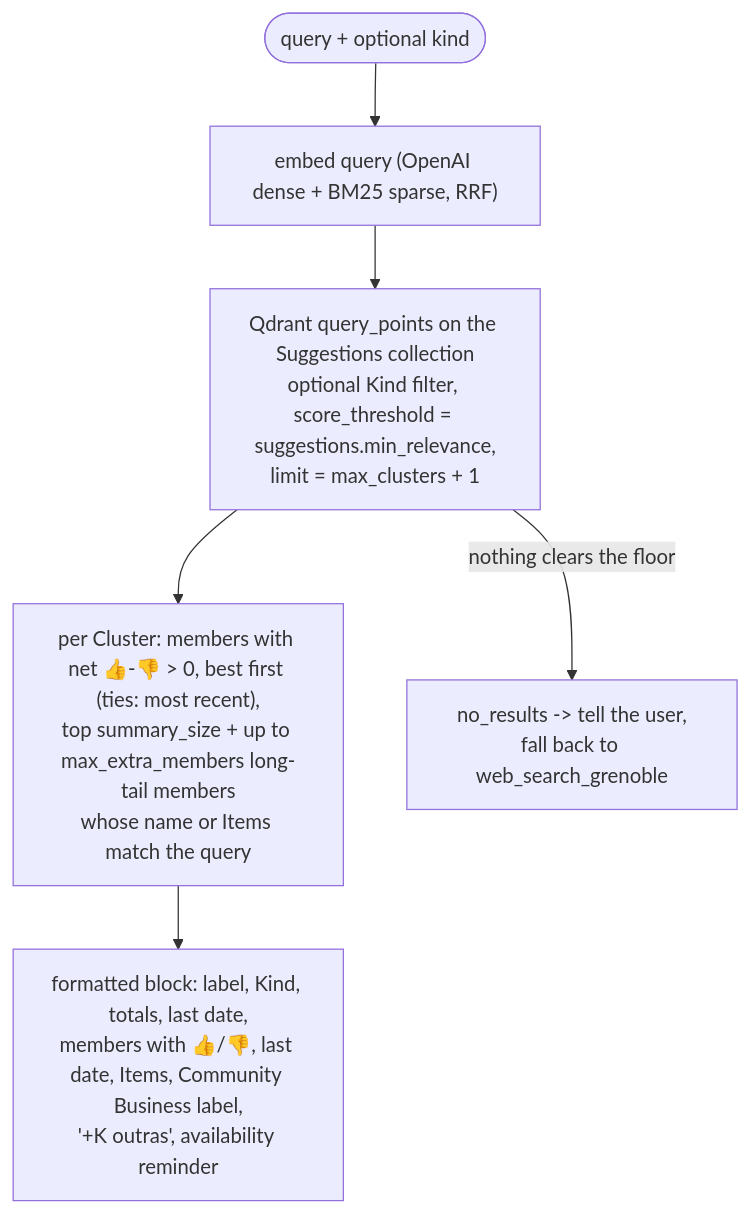
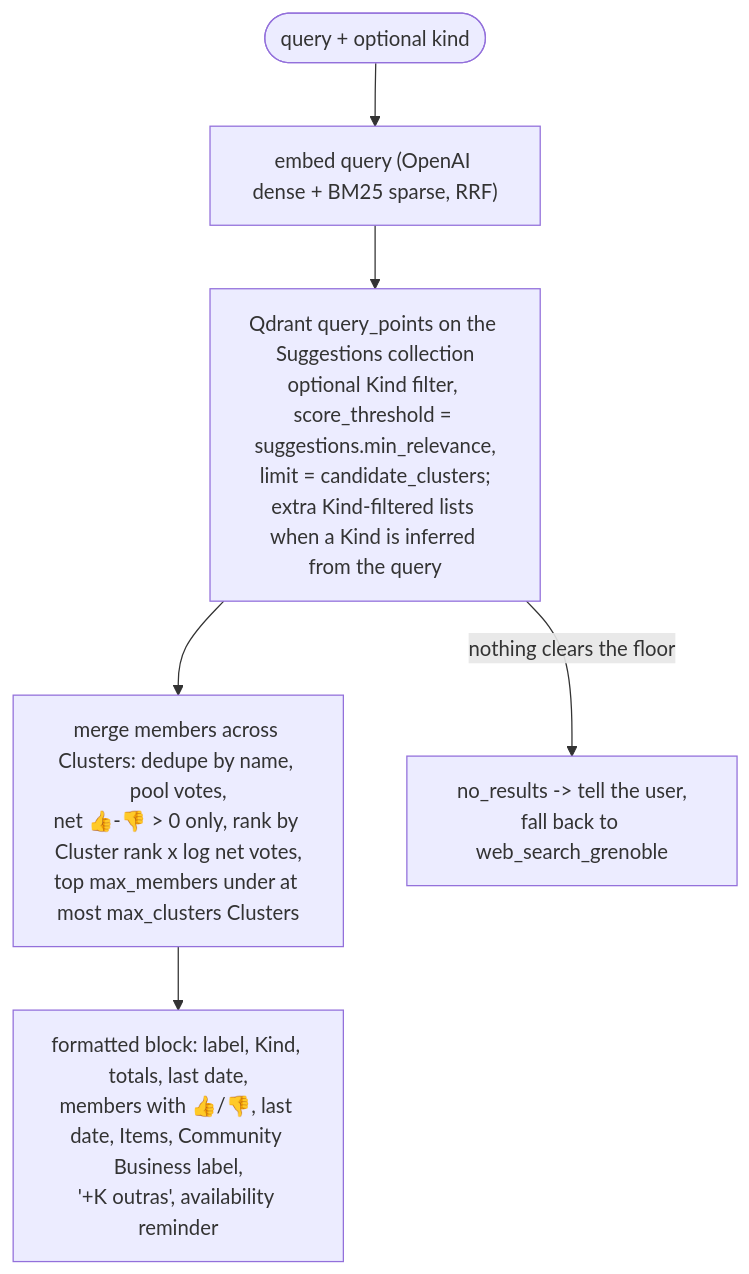
The sixth of 7 diagrams in docs/ARCHITECTURE.md (jooaobrum/habitantes-grenoble-agent), drawn with Mermaid before and after one commit. The commit also changed other lines of this file and 11 other files, not shown here.

Commit message:
Suggestions retrieval: pooled member search, Kind keywords, coarser clustering (cutoff 0.5); retrieval eval with tune/holdout split

````diff
--- a/docs/ARCHITECTURE.md
+++ b/docs/ARCHITECTURE.md
@@ -224,8 +224,8 @@
 ```mermaid
 flowchart TD
     Q([query + optional kind]) --> Emb["embed query (OpenAI dense + BM25 sparse, RRF)"]
-    Emb --> Qd["Qdrant query_points on the Suggestions collection<br>optional Kind filter, score_threshold = suggestions.min_relevance,<br>limit = max_clusters + 1"]
-    Qd --> Pick["per Cluster: members with net 👍-👎 > 0, best first (ties: most recent),<br>top summary_size + up to max_extra_members long-tail members<br>whose name or Items match the query"]
+    Emb --> Qd["Qdrant query_points on the Suggestions collection<br>optional Kind filter, score_threshold = suggestions.min_relevance,<br>limit = candidate_clusters;<br>extra Kind-filtered lists when a Kind is inferred from the query"]
+    Qd --> Pick["merge members across Clusters: dedupe by name, pool votes,<br>net 👍-👎 > 0 only, rank by Cluster rank x log net votes,<br>top max_members under at most max_clusters Clusters"]
     Pick --> Out["formatted block: label, Kind, totals, last date,<br>members with 👍/👎, last date, Items, Community Business label,<br>'+K outras', availability reminder"]
     Qd -->|nothing clears the floor| None["no_results -> tell the user,<br>fall back to web_search_grenoble"]
 ```
````
